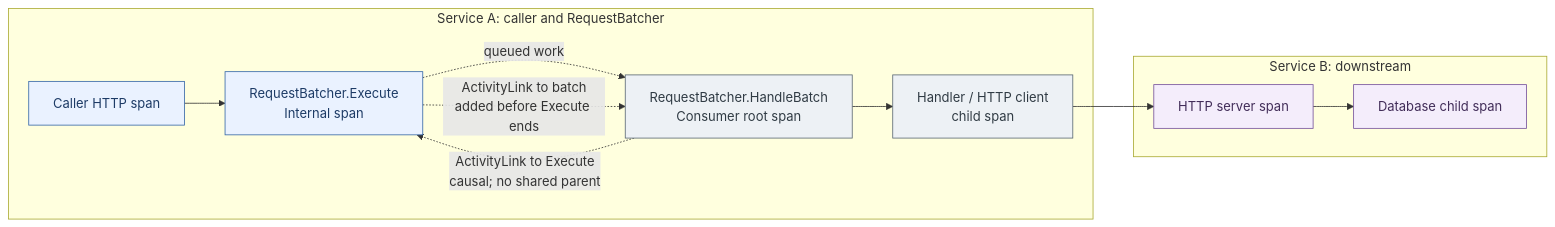
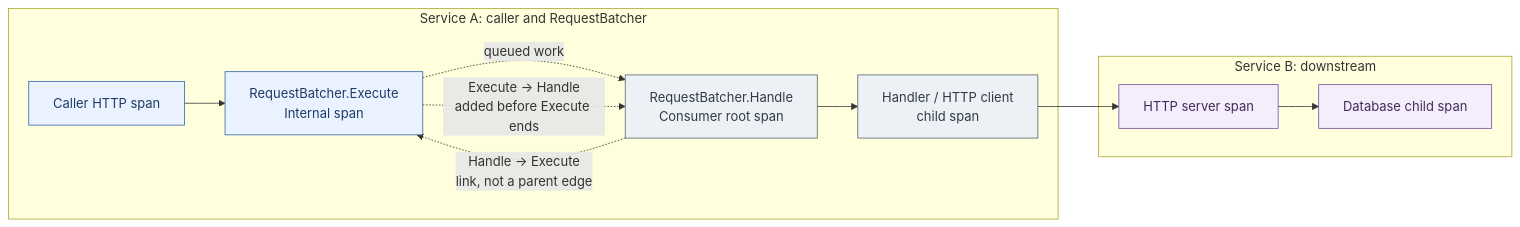
Before and after one commit to eventhorizon-cli/RequestBatcher: the diagram in docs/diagrams/observability.mmd, drawn with Mermaid. The commit also changed 86 other files, not shown here.

```diff
--- a/docs/diagrams/observability.mmd
+++ b/docs/diagrams/observability.mmd
@@ -1,23 +1,24 @@
 flowchart LR
-    %% Execute and HandleBatch link in both directions; neither is the other's parent.
-    %% Execute collects batch contexts at dispatch and adds links before it ends.
+    %% When at least one corresponding Execute span is sampled, Handle links to all participating Execute contexts, including unsampled Execute spans; if all are unsampled, Handle is not sampled.
+    %% A sampled Execute requesting data links only to the Handle spans processing its requests, before it ends.
+    %% Neither Execute nor Handle is the other's parent.
     subgraph A[Service A: caller and RequestBatcher]
         HTTPA[Caller HTTP span] --> EXEC[RequestBatcher.Execute<br/>Internal span]
-        EXEC -. "queued work" .-> BATCH[RequestBatcher.HandleBatch<br/>Consumer root span]
+        EXEC -. "queued work" .-> BATCH[RequestBatcher.Handle<br/>Consumer root span]
         BATCH --> HANDLER[Handler / HTTP client<br/>child span]
-        BATCH -. "ActivityLink to Execute<br/>causal; no shared parent" .-> EXEC
-        EXEC -. "ActivityLink to batch<br/>added before Execute ends" .-> BATCH
+        BATCH -. "Handle → Execute<br/>link, not a parent edge" .-> EXEC
+        EXEC -. "Execute → Handle<br/>added before Execute ends" .-> BATCH
     end
 
     subgraph B[Service B: downstream]
         HTTPB[HTTP server span] --> DB[Database child span]
     end
 
     HANDLER --> HTTPB
 
     classDef caller fill:#eaf2ff,stroke:#3567a7,color:#1d3b66
     classDef batch fill:#edf1f5,stroke:#596773,color:#303b44
     classDef downstream fill:#f4edfb,stroke:#75529b,color:#422d59
     class HTTPA,EXEC caller
     class BATCH,HANDLER batch
     class HTTPB,DB downstream
```
